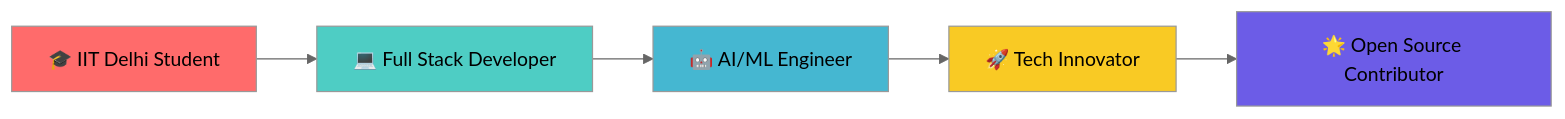
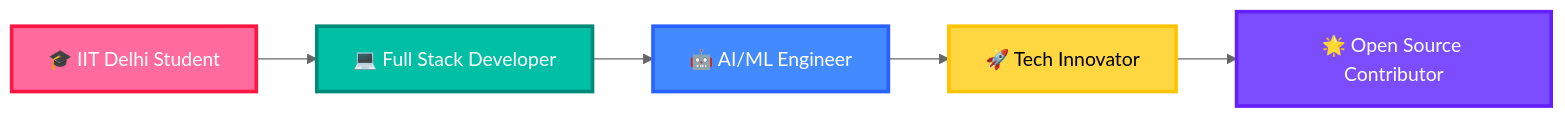
Before and after one commit to Laxman824/Laxman824: the diagram in README.md, drawn with Mermaid (neutral theme). The commit also changed other lines of this file, not shown here.

````diff
--- a/README.md
+++ b/README.md
@@ -55,12 +51,13 @@
 ```mermaid
 graph LR
     A[🎓 IIT Delhi Student] --> B[💻 Full Stack Developer]
     B --> C[🤖 AI/ML Engineer]
     C --> D[🚀 Tech Innovator]
     D --> E[🌟 Open Source Contributor]
-    style A fill:#ff6b6b
-    style B fill:#4ecdc4
-    style C fill:#45b7d1
-    style D fill:#f9ca24
-    style E fill:#6c5ce7
+    style A fill:#FF6B9D,stroke:#FF1744,stroke-width:3px,color:#fff
+    style B fill:#00BFA5,stroke:#00897B,stroke-width:3px,color:#fff
+    style C fill:#448AFF,stroke:#2962FF,stroke-width:3px,color:#fff
+    style D fill:#FFD740,stroke:#FFC400,stroke-width:3px,color:#000
+    style E fill:#7C4DFF,stroke:#651FFF,stroke-width:3px,color:#fff
+
 ```
````
